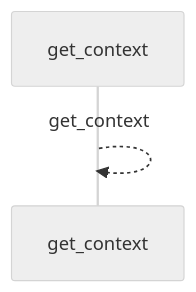
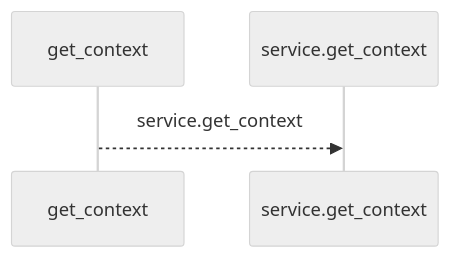
The first of 2 diagrams in docs/llm_wiki/flows/mcp-get_context.md (Denissvgn/python-wiki-llm), drawn with Mermaid (neutral theme) before and after one commit. The commit also changed other lines of this file and 719 other files, not shown here.

````diff
--- a/docs/llm_wiki/flows/mcp-get_context.md
+++ b/docs/llm_wiki/flows/mcp-get_context.md
@@ -10,5 +10,6 @@
 ```mermaid
 sequenceDiagram
     participant p0 as get_context
-    p0-->>p0: get_context
+    participant p1 as service.get_context
+    p0-->>p1: service.get_context
 ```
````
